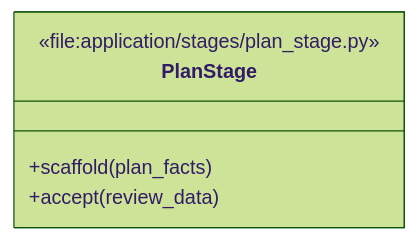
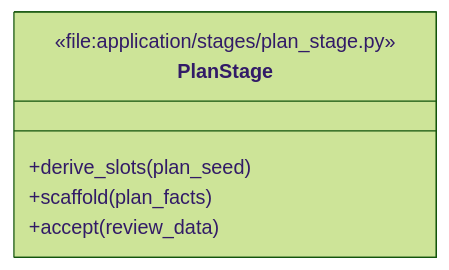
One commit to 9orky/enclosure changed diagram 13 of 14 in .enclosure/plans/planning-workflow/UML.md. Above: the diagram before and after it, drawn with Mermaid (forest theme). The commit also changed other lines of this file and 10 other files, not shown here.

````diff
--- a/.enclosure/plans/planning-workflow/UML.md
+++ b/.enclosure/plans/planning-workflow/UML.md
@@ -376,8 +400,9 @@
 ```mermaid
 classDiagram
     class PlanStage {
       <<file:application/stages/plan_stage.py>>
+      +derive_slots(plan_seed)
       +scaffold(plan_facts)
       +accept(review_data)
     }
 ```
````
